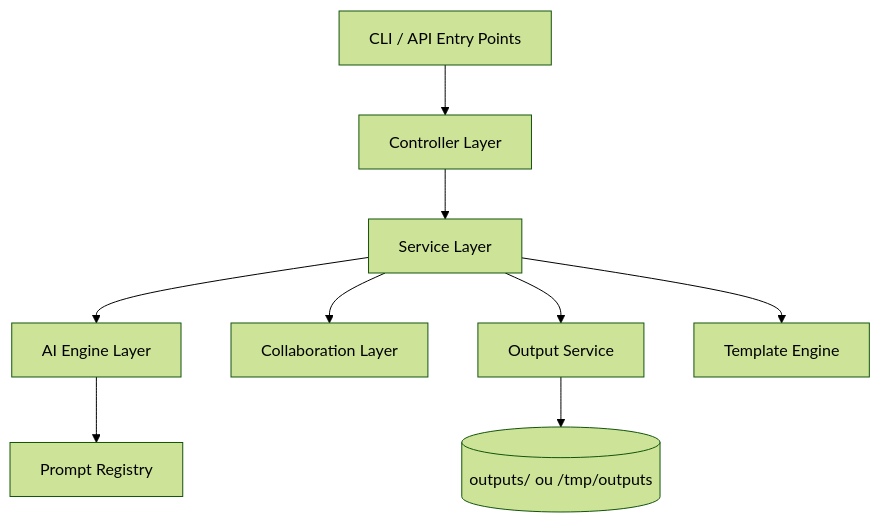
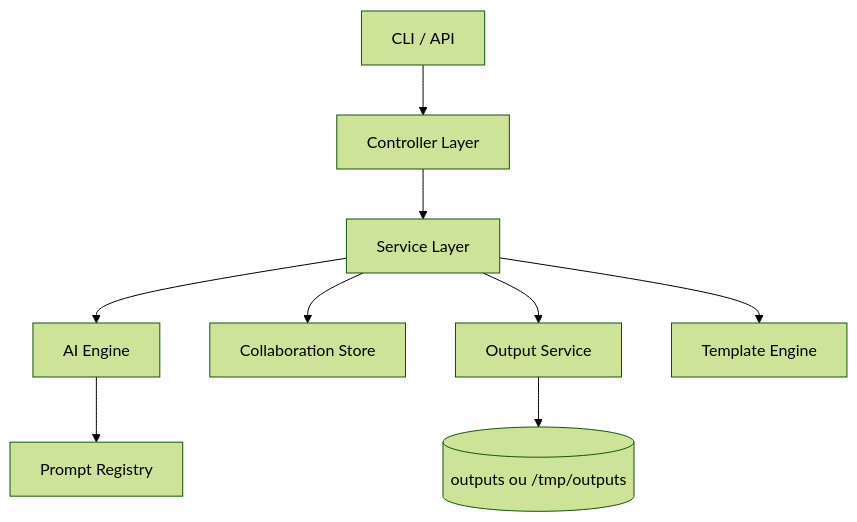
Before and after one commit to FilipiWanderley/RepoLaunch-AI: the first of 3 diagrams in README.md, drawn with Mermaid (forest theme). The commit also changed other lines of this file, not shown here.

````diff
--- a/README.md
+++ b/README.md
@@ -82,11 +104,11 @@
 ```mermaid
 flowchart TD
-    A[CLI / API Entry Points] --> B[Controller Layer]
+    A[CLI / API] --> B[Controller Layer]
     B --> C[Service Layer]
-    C --> D[AI Engine Layer]
-    C --> E[Collaboration Layer]
+    C --> D[AI Engine]
+    C --> E[Collaboration Store]
     C --> F[Output Service]
     D --> G[Prompt Registry]
     C --> H[Template Engine]
-    F --> I[(outputs/ ou /tmp/outputs)]
+    F --> I[(outputs ou /tmp/outputs)]
 ```
````
